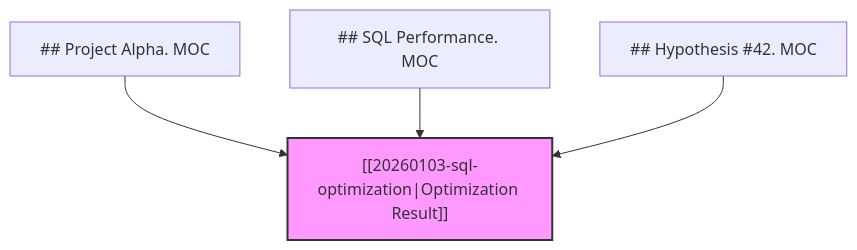
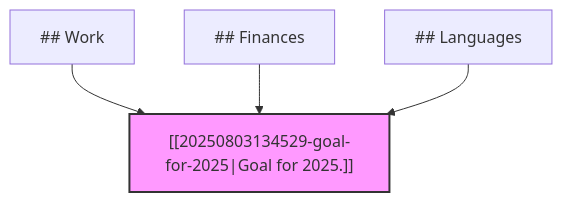
Before and after one commit to voothi/20250831153442-obsidian-templates: the diagram in docs/templater/README.md, drawn with Mermaid. The commit also changed other lines of this file and 4 other files, not shown here.

````diff
--- a/docs/templater/README.md
+++ b/docs/templater/README.md
@@ -252,8 +252,8 @@
 ```mermaid
 graph TD
-    MOC1["## Project Alpha. MOC"] --> Node1["[[20260103-sql-optimization|Optimization Result]]"]
-    MOC2["## SQL Performance. MOC"] --> Node1
-    MOC3["## Hypothesis #42. MOC"] --> Node1
+    MOC1["## Work"] --> Node1["[[20250803134529-goal-for-2025|Goal for 2025.]]"]
+    MOC2["## Finances"] --> Node1
+    MOC3["## Languages"] --> Node1
     
     style Node1 fill:#f9f,stroke:#333,stroke-width:2px
 ```
````
